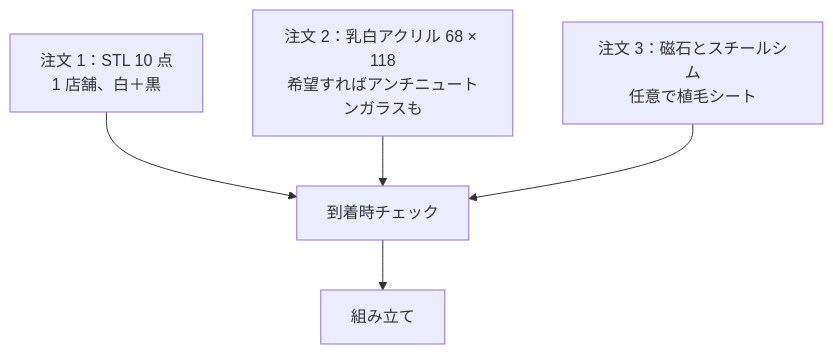
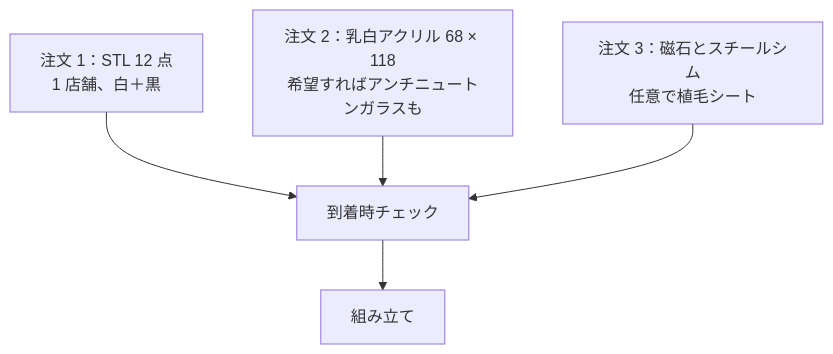
One commit to Neoanaloglab/Neobox changed the diagram in docs/bom.ja.md. Above: the diagram before and after it, drawn with Mermaid. The commit also changed other lines of this file and 44 other files, not shown here.

````diff
--- a/docs/bom.ja.md
+++ b/docs/bom.ja.md
@@ -177,7 +180,7 @@
 ```mermaid
 flowchart TD
-  A[注文 1：STL 10 点<br/>1 店舗、白＋黒] --> D[到着時チェック]
+  A[注文 1：STL 12 点<br/>1 店舗、白＋黒] --> D[到着時チェック]
   B[注文 2：乳白アクリル 68 × 118<br/>希望すればアンチニュートンガラスも] --> D
   C[注文 3：磁石とスチールシム<br/>任意で植毛シート] --> D
   D --> E[組み立て]
 ```
````
